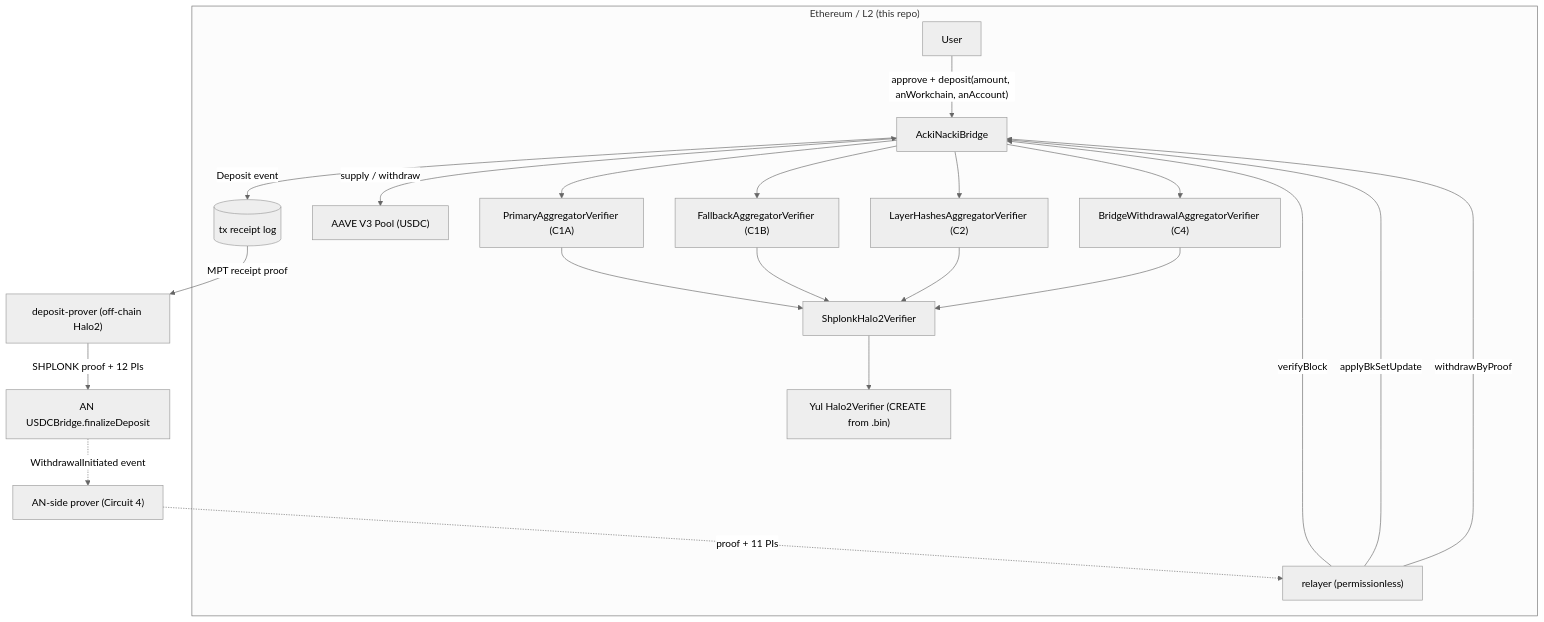
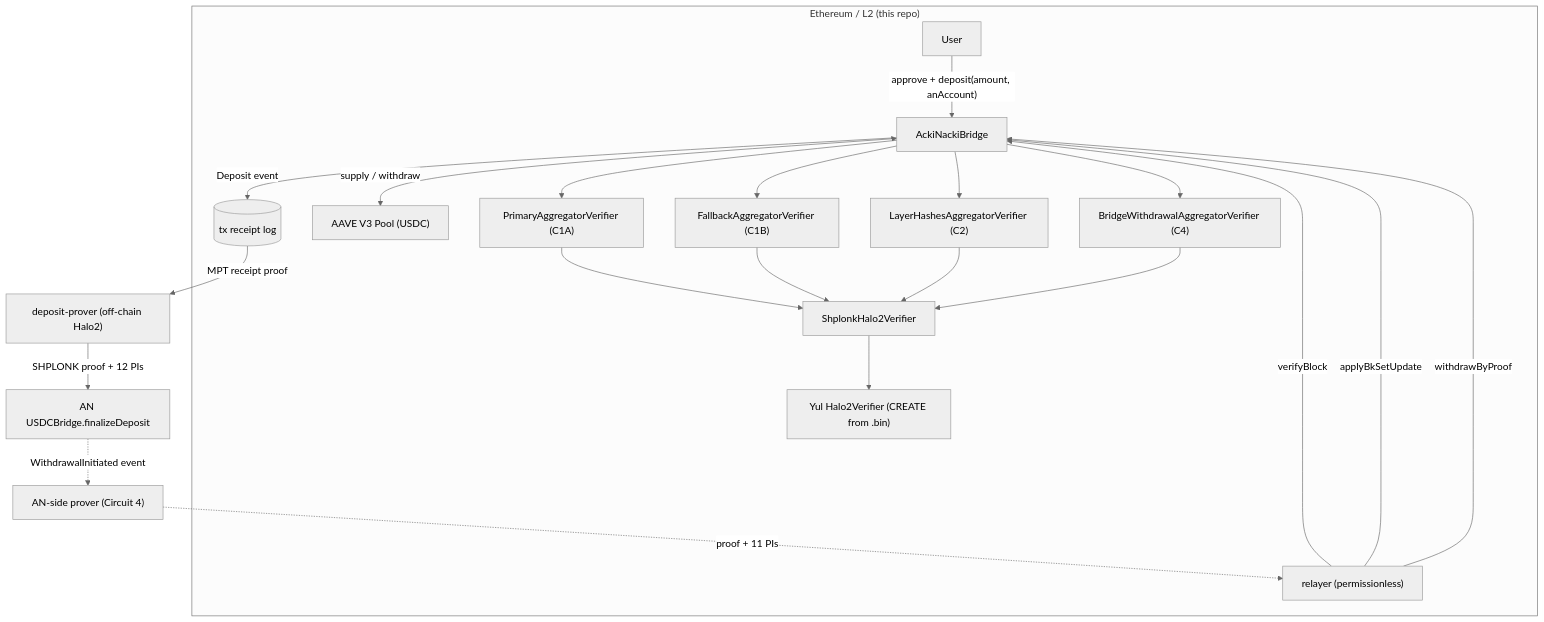
The diagram in docs/EVM-contracts-spec.md (gosh-sh/bridge), drawn with Mermaid (neutral theme) before and after one commit. The commit also changed other lines of this file and 77 other files, not shown here.

Commit message:
Remove workchain from deposit ABI and preserve the selected recipient

````diff
--- a/docs/EVM-contracts-spec.md
+++ b/docs/EVM-contracts-spec.md
@@ -84,20 +84,20 @@
 ```mermaid
 flowchart TB
     subgraph ETH["Ethereum / L2 (this repo)"]
-        U["User"] -->|"approve + deposit(amount, anWorkchain, anAccount)"| B["AckiNackiBridge"]
+        U["User"] -->|"approve + deposit(amount, anAccount)"| B["AckiNackiBridge"]
         B -->|"Deposit event"| LOG[("tx receipt log")]
         B <-->|"supply / withdraw"| AAVE["AAVE V3 Pool (USDC)"]
         R["relayer (permissionless)"] -->|"verifyBlock"| B
         R -->|"applyBkSetUpdate"| B
         R -->|"withdrawByProof"| B
         B --> V1["PrimaryAggregatorVerifier (C1A)"]
         B --> V2["FallbackAggregatorVerifier (C1B)"]
         B --> V3["LayerHashesAggregatorVerifier (C2)"]
         B --> V4["BridgeWithdrawalAggregatorVerifier (C4)"]
         V1 & V2 & V3 & V4 --> W["ShplonkHalo2Verifier"] --> Y["Yul Halo2Verifier (CREATE from .bin)"]
     end
     LOG -->|"MPT receipt proof"| DP["deposit-prover (off-chain Halo2)"]
     DP -->|"SHPLONK proof + 12 PIs"| AN["AN USDCBridge.finalizeDeposit"]
     AN -.->|"WithdrawalInitiated event"| C4P["AN-side prover (Circuit 4)"]
     C4P -.->|"proof + 11 PIs"| R
 ```
````
